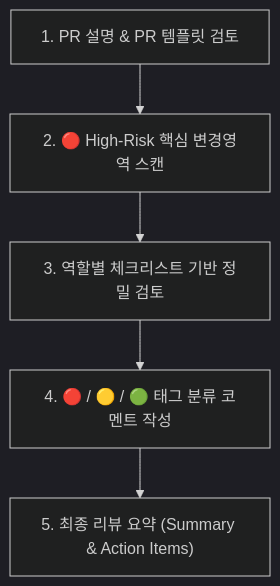
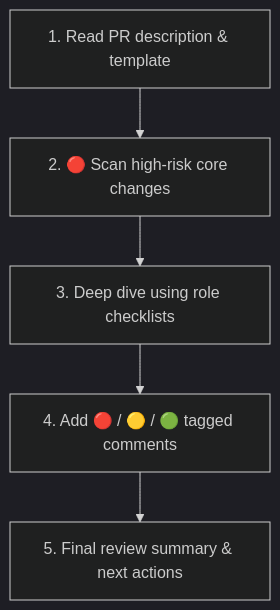
Before and after one commit to DongJinNam/dev-team-skills: the diagram in skills/code-review/SKILL.md, drawn with Mermaid (dark theme). The commit also changed other lines of this file and 38 other files, not shown here.

````diff
--- a/skills/code-review/SKILL.md
+++ b/skills/code-review/SKILL.md
@@ -44,7 +48,7 @@
 ```mermaid
 flowchart TD
-    A["1. PR 설명 & PR 템플릿 검토"] --> B["2. 🔴 High-Risk 핵심 변경영역 스캔"]
-    B --> C["3. 역할별 체크리스트 기반 정밀 검토"]
-    C --> D["4. 🔴 / 🟡 / 🟢 태그 분류 코멘트 작성"]
-    D --> E["5. 최종 리뷰 요약 (Summary & Action Items)"]
+    A["1. Read PR description & template"] --> B["2. 🔴 Scan high-risk core changes"]
+    B --> C["3. Deep dive using role checklists"]
+    C --> D["4. Add 🔴 / 🟡 / 🟢 tagged comments"]
+    D --> E["5. Final review summary & next actions"]
 ```
````
